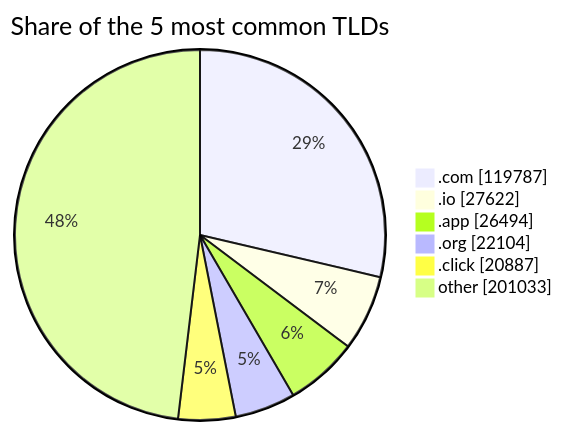
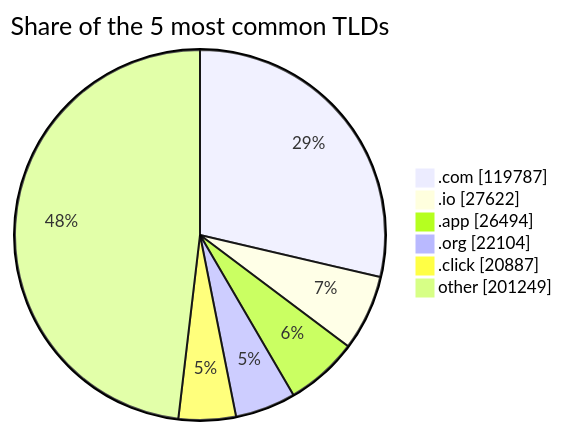
One commit to DNSBunker/CTI changed the third of 3 diagrams in README.md. Above: the diagram before and after it, drawn with Mermaid. The commit also changed other lines of this file and 3 other files, not shown here.

````diff
--- a/README.md
+++ b/README.md
@@ -81,9 +81,9 @@
 ```mermaid
 pie showData title Share of the 5 most common TLDs
     ".com" : 119787
     ".io" : 27622
     ".app" : 26494
     ".org" : 22104
     ".click" : 20887
-    "other" : 201033
+    "other" : 201249
 ```
````
